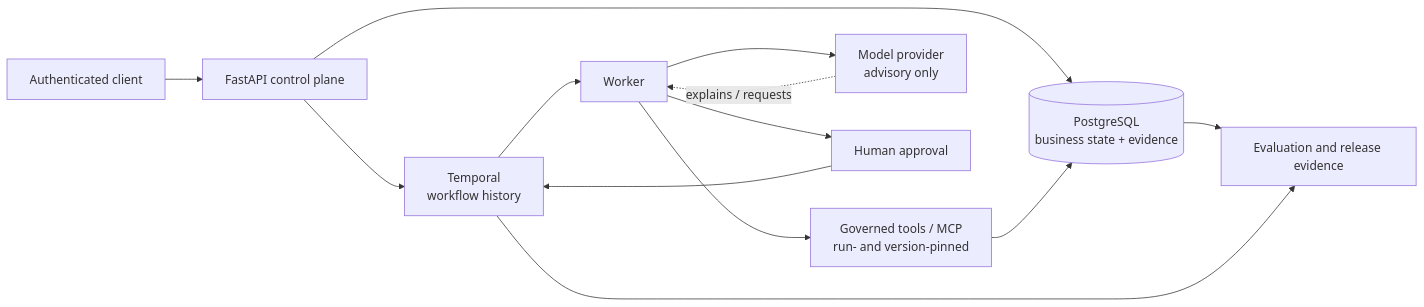
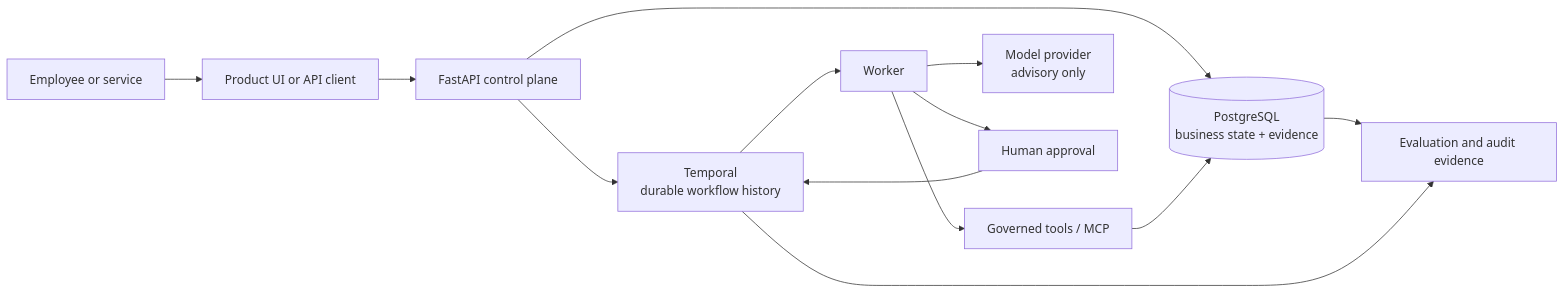
Before and after one commit to kabbersokhi-boop/agents-should-survive-failure: the diagram in README.md, drawn with Mermaid. The commit also changed other lines of this file and 4 other files, not shown here.

````diff
--- a/README.md
+++ b/README.md
@@ -43,15 +90,15 @@
 ```mermaid
 flowchart LR
-    Client[Authenticated client] --> API[FastAPI control plane]
+    User[Employee or service] --> App[Product UI or API client]
+    App --> API[FastAPI control plane]
     API --> DB[(PostgreSQL\nbusiness state + evidence)]
-    API --> T[Temporal\nworkflow history]
+    API --> T[Temporal\ndurable workflow history]
     T --> W[Worker]
-    W --> G[Governed tools / MCP\nrun- and version-pinned]
+    W --> G[Governed tools / MCP]
     W --> M[Model provider\nadvisory only]
     W --> H[Human approval]
     G --> DB
-    M -. explains / requests .-> W
     H --> T
-    DB --> E[Evaluation and release evidence]
+    DB --> E[Evaluation and audit evidence]
     T --> E
 ```
````
